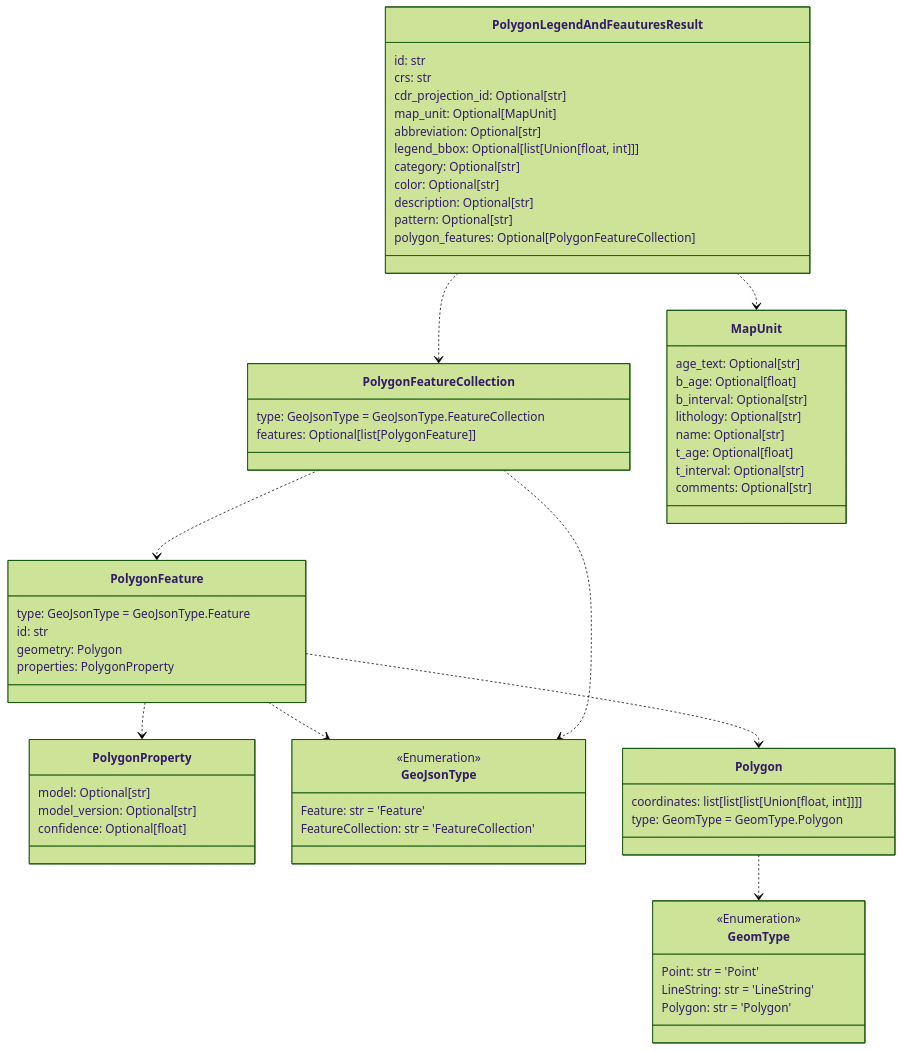
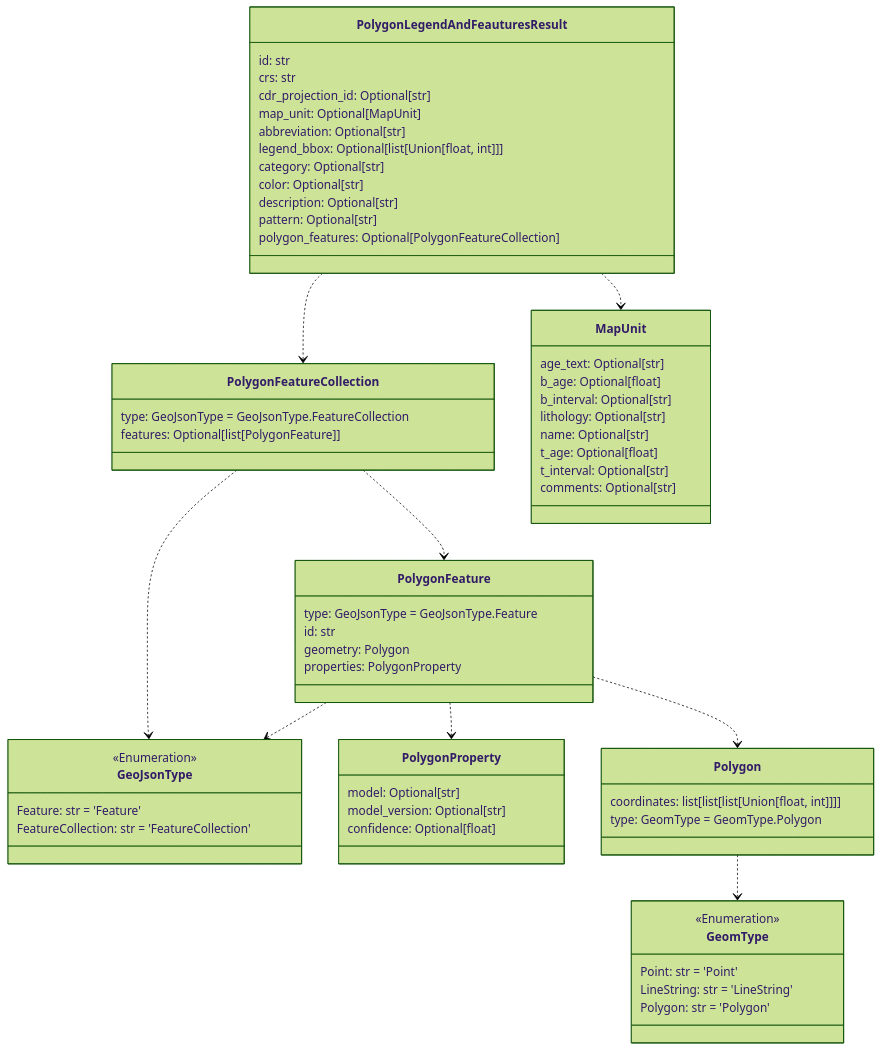
Before and after one commit to DARPA-CRITICALMAAS/cdr_schemas: the seventh of 12 diagrams in README.md, drawn with Mermaid (forest theme). The commit also changed other lines of this file and 2 other files, not shown here.

````diff
--- a/README.md
+++ b/README.md
@@ -472,75 +472,75 @@
 ```mermaid
 classDiagram
 
-    class PolygonProperty {
-        model: Optional[str]
-        model_version: Optional[str]
-        confidence: Optional[float]
+    class GeoJsonType {
+        <<Enumeration>>
+        Feature: str = 'Feature'
+        FeatureCollection: str = 'FeatureCollection'
+    }
+
+    class PolygonFeatureCollection {
+        type: GeoJsonType = GeoJsonType.FeatureCollection
+        features: Optional[list[PolygonFeature]]
     }
 
     class PolygonLegendAndFeauturesResult {
         id: str
         crs: str
         cdr_projection_id: Optional[str]
         map_unit: Optional[MapUnit]
         abbreviation: Optional[str]
         legend_bbox: Optional[list[Union[float, int]]]
         category: Optional[str]
         color: Optional[str]
         description: Optional[str]
         pattern: Optional[str]
         polygon_features: Optional[PolygonFeatureCollection]
     }
 
-    class GeoJsonType {
-        <<Enumeration>>
-        Feature: str = 'Feature'
-        FeatureCollection: str = 'FeatureCollection'
-    }
-
-    class Polygon {
-        coordinates: list[list[list[Union[float, int]]]]
-        type: GeomType = GeomType.Polygon
-    }
-
-    class PolygonFeatureCollection {
-        type: GeoJsonType = GeoJsonType.FeatureCollection
-        features: Optional[list[PolygonFeature]]
-    }
-
     class GeomType {
         <<Enumeration>>
         Point: str = 'Point'
         LineString: str = 'LineString'
         Polygon: str = 'Polygon'
     }
 
     class PolygonFeature {
         type: GeoJsonType = GeoJsonType.Feature
         id: str
         geometry: Polygon
         properties: PolygonProperty
     }
 
+    class PolygonProperty {
+        model: Optional[str]
+        model_version: Optional[str]
+        confidence: Optional[float]
+    }
+
     class MapUnit {
         age_text: Optional[str]
         b_age: Optional[float]
         b_interval: Optional[str]
         lithology: Optional[str]
         name: Optional[str]
         t_age: Optional[float]
         t_interval: Optional[str]
         comments: Optional[str]
     }
 
+    class Polygon {
+        coordinates: list[list[list[Union[float, int]]]]
+        type: GeomType = GeomType.Polygon
+    }
+
     Polygon ..> GeomType
-    PolygonFeature ..> Polygon
     PolygonFeature ..> GeoJsonType
     PolygonFeature ..> PolygonProperty
+    PolygonFeature ..> Polygon
     PolygonFeatureCollection ..> PolygonFeature
     PolygonFeatureCollection ..> GeoJsonType
     PolygonLegendAndFeauturesResult ..> PolygonFeatureCollection
     PolygonLegendAndFeauturesResult ..> MapUnit
 
 
 ```
````
